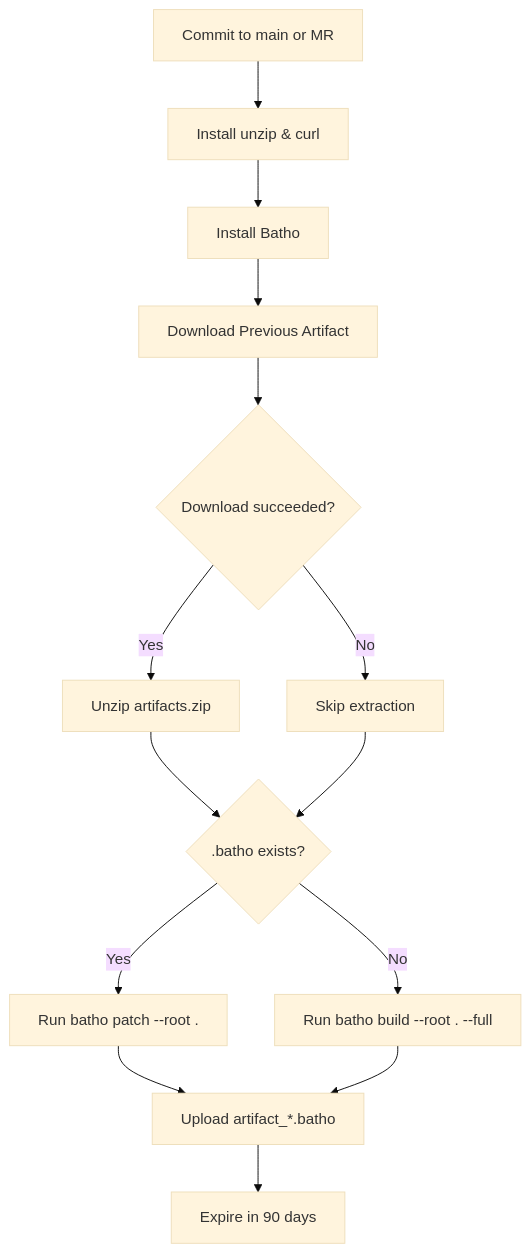
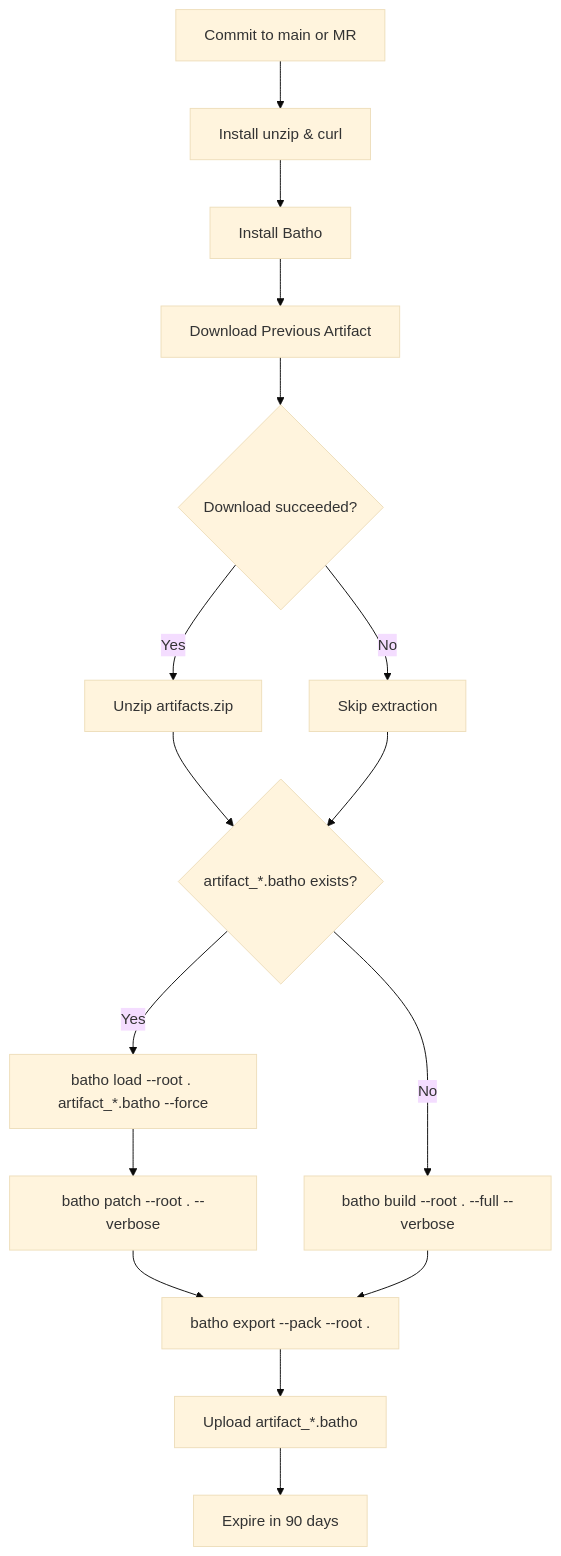
The second of 2 diagrams in cicd/cicd.md (sageoz/Batho), drawn with Mermaid (base theme) before and after one commit. The commit also changed other lines of this file and 20 other files, not shown here.

````diff
--- a/cicd/cicd.md
+++ b/cicd/cicd.md
@@ -73,16 +87,18 @@
 ```mermaid
 flowchart TD
     A["Commit to main or MR"] --> B["Install unzip & curl"]
     B --> C["Install Batho"]
     C --> D["Download Previous Artifact"]
     D --> E{Download succeeded?}
     E -- "Yes" --> F["Unzip artifacts.zip"]
     E -- "No" --> G["Skip extraction"]
-    F --> H{.batho exists?}
+    F --> H{artifact_*.batho exists?}
     G --> H
-    H -- "Yes" --> I["Run batho patch --root ."]
-    H -- "No" --> J["Run batho build --root . --full"]
-    I --> K["Upload artifact_*.batho"]
-    J --> K
-    K --> L["Expire in 90 days"]
+    H -- "Yes" --> I["batho load --root . artifact_*.batho --force"]
+    I --> J["batho patch --root . --verbose"]
+    J --> K["batho export --pack --root ."]
+    H -- "No" --> L["batho build --root . --full --verbose"]
+    L --> K
+    K --> M["Upload artifact_*.batho"]
+    M --> N["Expire in 90 days"]
 ```
````
